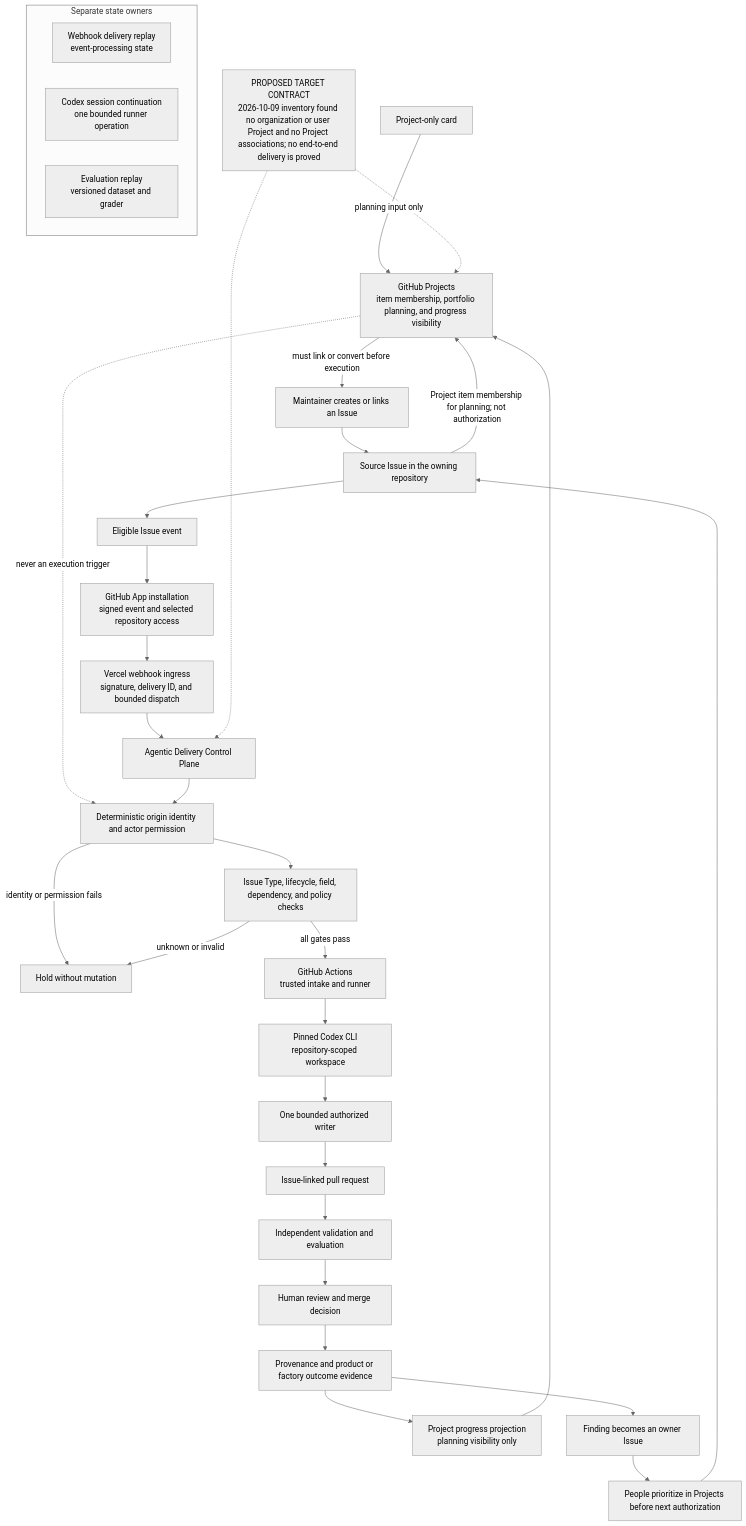
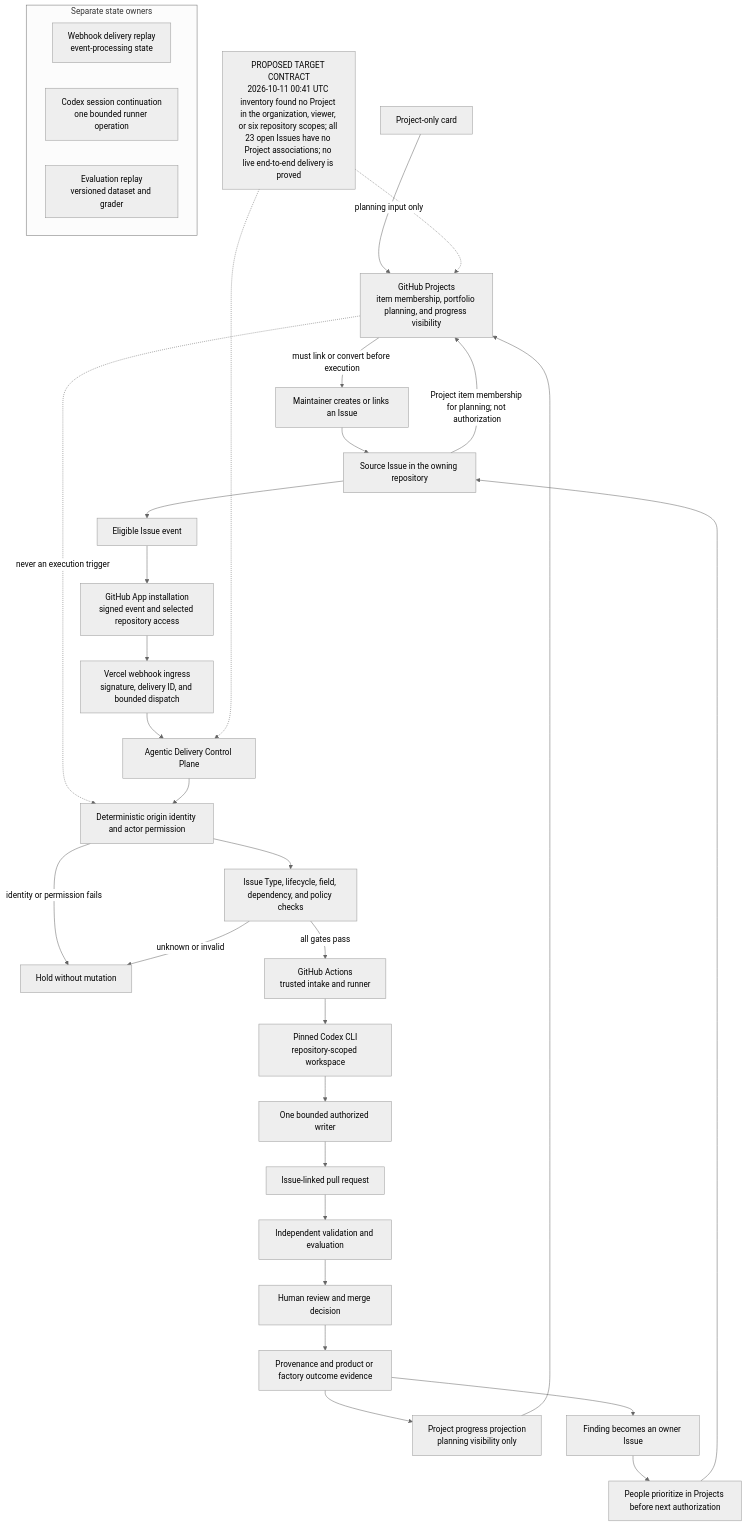
Before and after one commit to agentic-delivery-lab/agentic-delivery-architecture: the diagram in architecture/diagrams/mermaid/project-issue-lifecycle.mmd, drawn with Mermaid (neutral theme). The commit also changed 8 other files, not shown here.

Commit message:
docs(architecture): refresh strategy evidence and diagrams

```diff
--- a/architecture/diagrams/mermaid/project-issue-lifecycle.mmd
+++ b/architecture/diagrams/mermaid/project-issue-lifecycle.mmd
@@ -1,43 +1,43 @@
 flowchart TD
-  STATUS["PROPOSED TARGET CONTRACT<br/>2026-10-09 inventory found no organization or user Project and no Project associations; no end-to-end delivery is proved"]
+  STATUS["PROPOSED TARGET CONTRACT<br/>2026-10-11 00:41 UTC inventory found no Project in the organization, viewer, or six repository scopes; all 23 open Issues have no Project associations; no live end-to-end delivery is proved"]
   PROJECT["GitHub Projects<br/>item membership, portfolio planning, and progress visibility"]
   CARD["Project-only card"]
   HUMAN["Maintainer creates or links an Issue"]
   ISSUE["Source Issue in the owning repository"]
   EVENT["Eligible Issue event"]
   APP["GitHub App installation<br/>signed event and selected repository access"]
   INGRESS["Vercel webhook ingress<br/>signature, delivery ID, and bounded dispatch"]
   CONTROL["Agentic Delivery Control Plane"]
   IDENTITY["Deterministic origin identity and actor permission"]
   CONTRACT["Issue Type, lifecycle, field, dependency, and policy checks"]
   HOLD["Hold without mutation"]
   WRITER["One bounded authorized writer"]
   ACTIONS["GitHub Actions<br/>trusted intake and runner"]
   CODEX["Pinned Codex CLI<br/>repository-scoped workspace"]
   PR["Issue-linked pull request"]
   REVIEW["Independent validation and evaluation"]
   MERGE["Human review and merge decision"]
   EVIDENCE["Provenance and product or factory outcome evidence"]
   PROGRESS["Project progress projection<br/>planning visibility only"]
   FINDING["Finding becomes an owner Issue"]
   LOOP["People prioritize in Projects before next authorization"]
 
   CARD -->|"planning input only"| PROJECT
   PROJECT -->|"must link or convert before execution"| HUMAN
   HUMAN --> ISSUE
   ISSUE -->|"Project item membership for planning; not authorization"| PROJECT
   PROJECT -. "never an execution trigger" .-> IDENTITY
   ISSUE --> EVENT --> APP --> INGRESS --> CONTROL --> IDENTITY --> CONTRACT
   IDENTITY -->|"identity or permission fails"| HOLD
   CONTRACT -->|"unknown or invalid"| HOLD
   CONTRACT -->|"all gates pass"| ACTIONS --> CODEX --> WRITER --> PR --> REVIEW --> MERGE --> EVIDENCE
   EVIDENCE --> PROGRESS --> PROJECT
   EVIDENCE --> FINDING --> LOOP --> ISSUE
 
   subgraph REPLAY["Separate state owners"]
     WEBHOOK["Webhook delivery replay<br/>event-processing state"]
     SESSION["Codex session continuation<br/>one bounded runner operation"]
     EVALUATION["Evaluation replay<br/>versioned dataset and grader"]
   end
   STATUS -.-> PROJECT
   STATUS -.-> CONTROL
```
